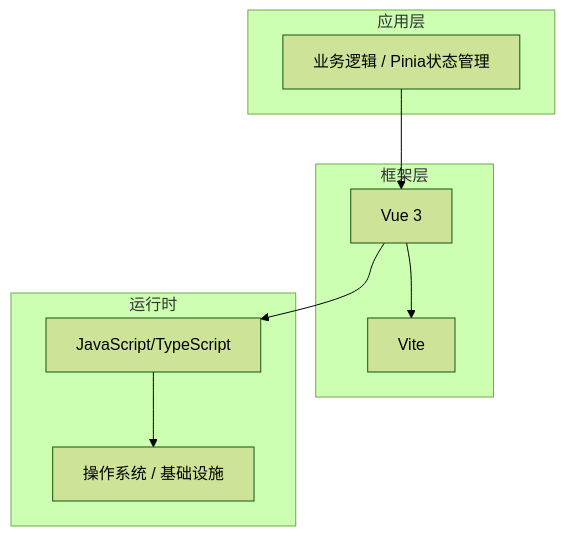
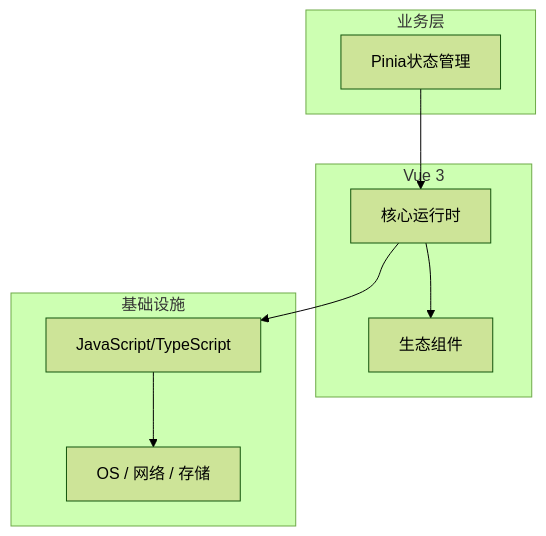
One commit to yanggan2015/knowledge-json-v2 changed the diagram in articles/Vue/chapters/097-Pinia状态管理核心概念与原理.md. Above: the diagram before and after it, drawn with Mermaid (forest theme). The commit also changed other lines of this file and 10127 other files, not shown here.

````diff
--- a/articles/Vue/chapters/097-Pinia状态管理核心概念与原理.md
+++ b/articles/Vue/chapters/097-Pinia状态管理核心概念与原理.md
@@ -45,18 +34,18 @@
 ```mermaid
 graph TB
-    subgraph 应用层
-        A[业务逻辑 / Pinia状态管理]
+    subgraph 业务层
+        A[Pinia状态管理]
     end
-    subgraph 框架层
-        B[Vue 3]
-        C[Vite]
+    subgraph Vue 3
+        B[核心运行时]
+        C[生态组件]
     end
-    subgraph 运行时
+    subgraph 基础设施
         D[JavaScript/TypeScript]
-        E[操作系统 / 基础设施]
+        E[OS / 网络 / 存储]
     end
     A --> B
     B --> C
     B --> D
     D --> E
 ```
````
